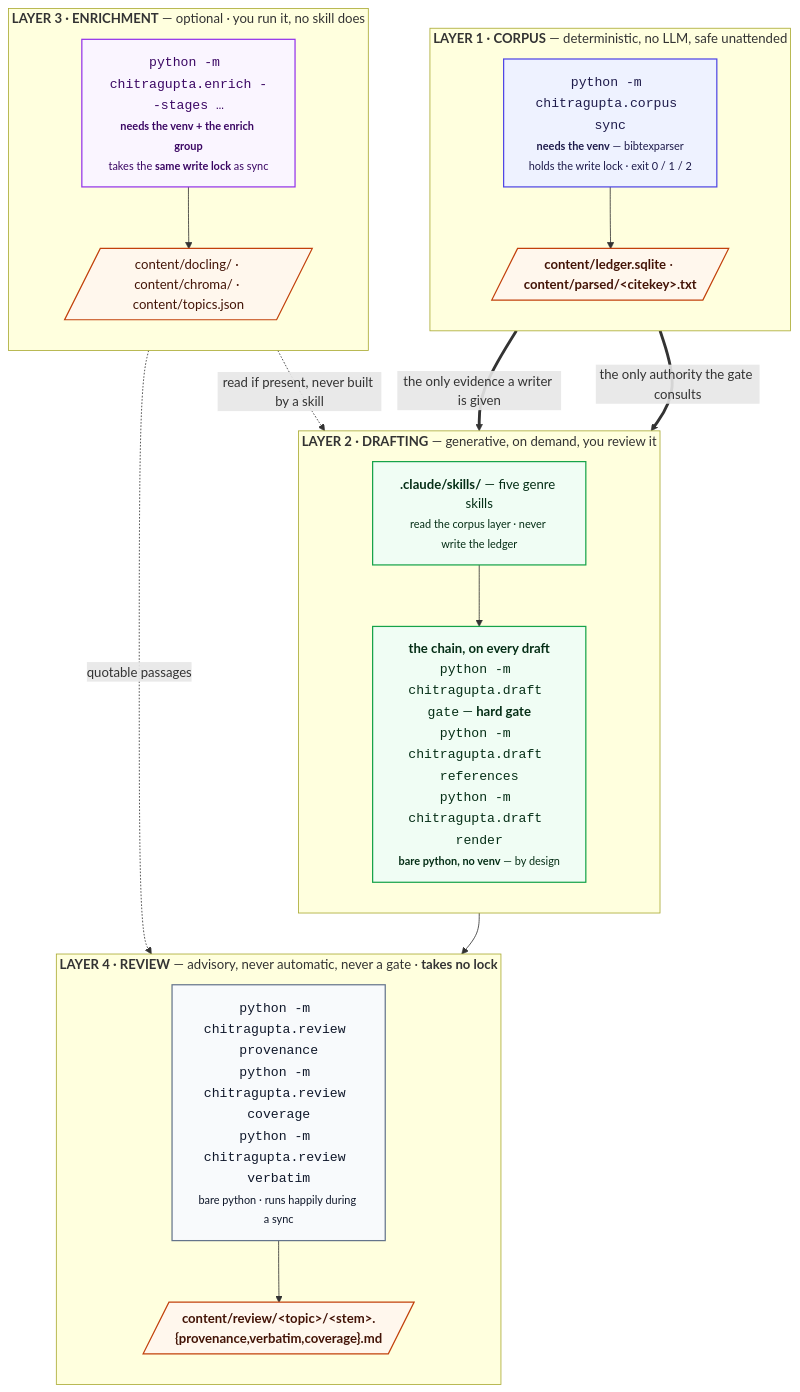
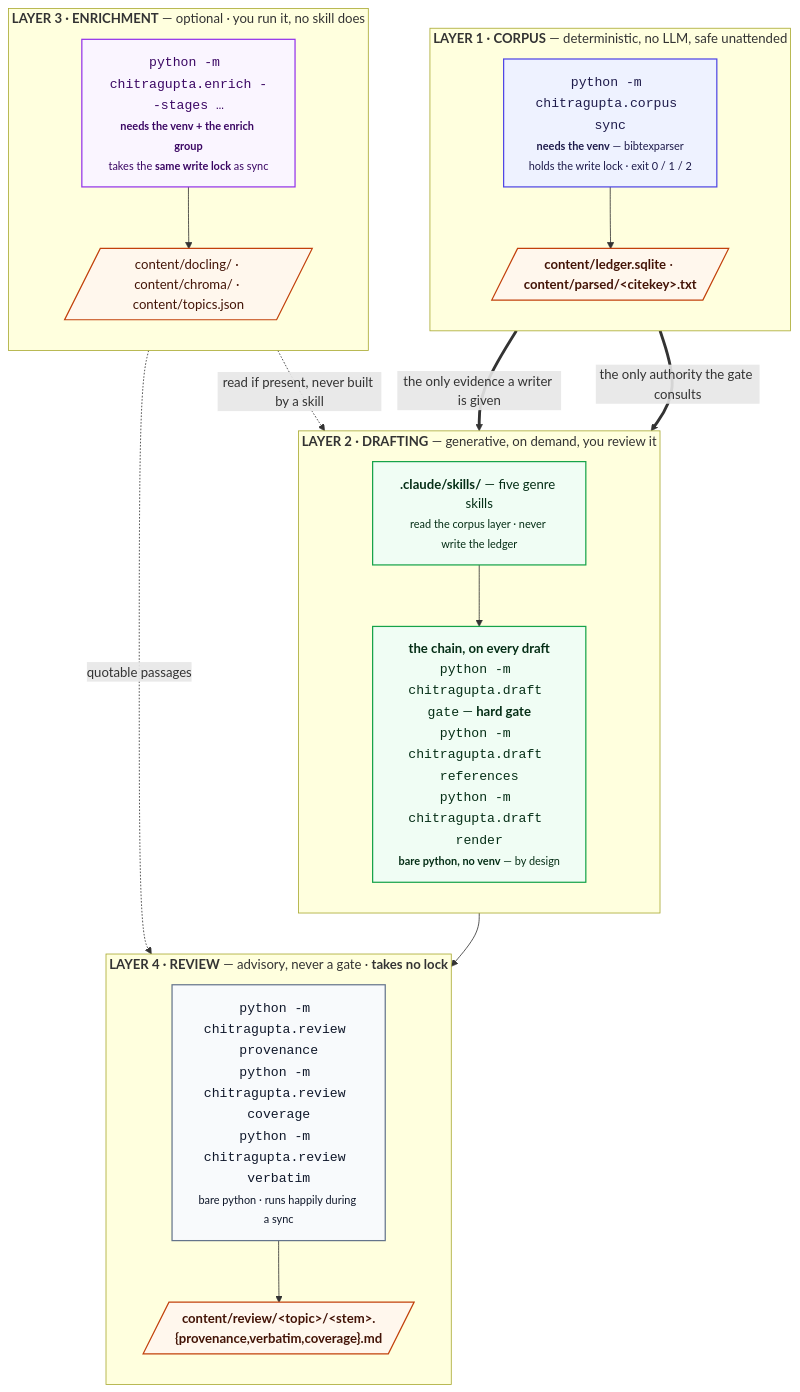
The diagram in docs/ARCHITECTURE.md (prasadtalasila/chitragupta), drawn with Mermaid before and after one commit. The commit also changed other lines of this file and 44 other files, not shown here.

First line of the commit message:
Run the verbatim scan in all nine skills, and amend the never-automatic rule (#312)

````diff
--- a/docs/ARCHITECTURE.md
+++ b/docs/ARCHITECTURE.md
@@ -64,49 +64,49 @@
 ```mermaid
 flowchart TB
 
   subgraph J1["<b>LAYER 1 · CORPUS</b> — deterministic, no LLM, safe unattended"]
     direction TB
     SYNC["<code>python -m chitragupta.corpus sync</code><br/><small><b>needs the venv</b> — bibtexparser<br/>holds the write lock · exit 0 / 1 / 2</small>"]
     OUT1[/"<b>content/ledger.sqlite</b> · <b>content/parsed/&lt;citekey&gt;.txt</b>"/]
     SYNC --> OUT1
   end
 
   subgraph J2["<b>LAYER 2 · DRAFTING</b> — generative, on demand, you review it"]
     direction TB
     SKILL["<b>.claude/skills/</b> — five genre skills<br/><small>read the corpus layer · never write the ledger</small>"]
     CHAIN["<b>the chain, on every draft</b><br/><code>python -m chitragupta.draft gate</code> — <b>hard gate</b><br/><code>python -m chitragupta.draft references</code><br/><code>python -m chitragupta.draft render</code><br/><small><b>bare python, no venv</b> — by design</small>"]
     SKILL --> CHAIN
   end
 
   subgraph JH["<b>LAYER 3 · ENRICHMENT</b> — optional · you run it, no skill does"]
     direction TB
     FULL["<code>python -m chitragupta.enrich --stages …</code><br/><small><b>needs the venv + the enrich group</b><br/>takes the <b>same write lock</b> as sync</small>"]
     OUT3[/"content/docling/ · content/chroma/ · content/topics.json"/]
     FULL --> OUT3
   end
 
-  subgraph AID["<b>LAYER 4 · REVIEW</b> — advisory, never automatic, never a gate · <b>takes no lock</b>"]
+  subgraph AID["<b>LAYER 4 · REVIEW</b> — advisory, never a gate · <b>takes no lock</b>"]
     direction TB
     A["<code>python -m chitragupta.review provenance</code><br/><code>python -m chitragupta.review coverage</code><br/><code>python -m chitragupta.review verbatim</code><br/><small>bare python · runs happily during a sync</small>"]
     OUT4[/"<b>content/review/&lt;topic&gt;/&lt;stem&gt;.{provenance,verbatim,coverage}.md</b>"/]
     A --> OUT4
   end
 
   OUT1 == "the only evidence a writer is given" ==> SKILL
   OUT1 == "the only authority the gate consults" ==> CHAIN
   OUT3 -. "read if present, never built by a skill" .-> SKILL
   OUT3 -. "quotable passages" .-> A
   CHAIN --> A
 
   classDef det fill:#eef2ff,stroke:#4f46e5,stroke-width:1.5px,color:#1e1b4b
   classDef gen fill:#f0fdf4,stroke:#16a34a,stroke-width:1.5px,color:#052e16
   classDef heavy fill:#faf5ff,stroke:#9333ea,stroke-width:1.5px,color:#3b0764
   classDef store fill:#fff7ed,stroke:#c2410c,stroke-width:1.5px,color:#431407
   classDef aid fill:#f8fafc,stroke:#64748b,stroke-width:1.5px,color:#0f172a
 
   class SYNC det
   class SKILL,CHAIN gen
   class FULL heavy
   class OUT1,OUT3,OUT4 store
   class A aid
 ```
````
